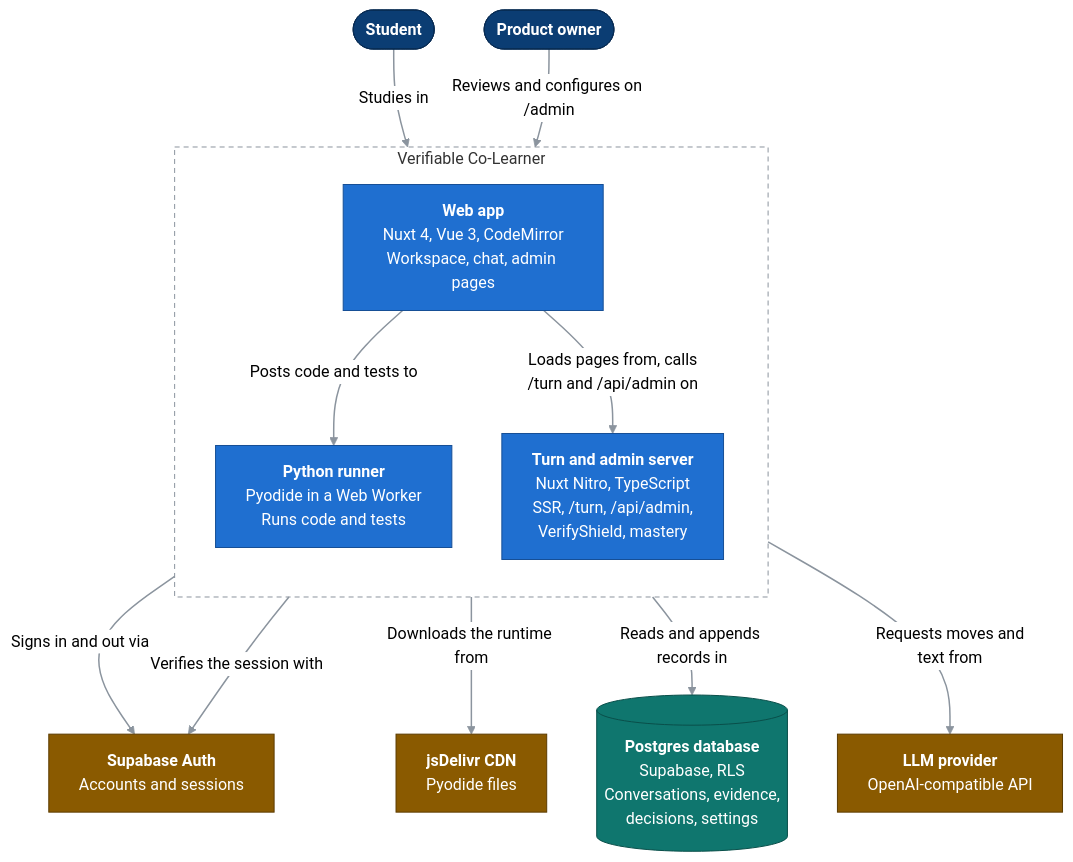
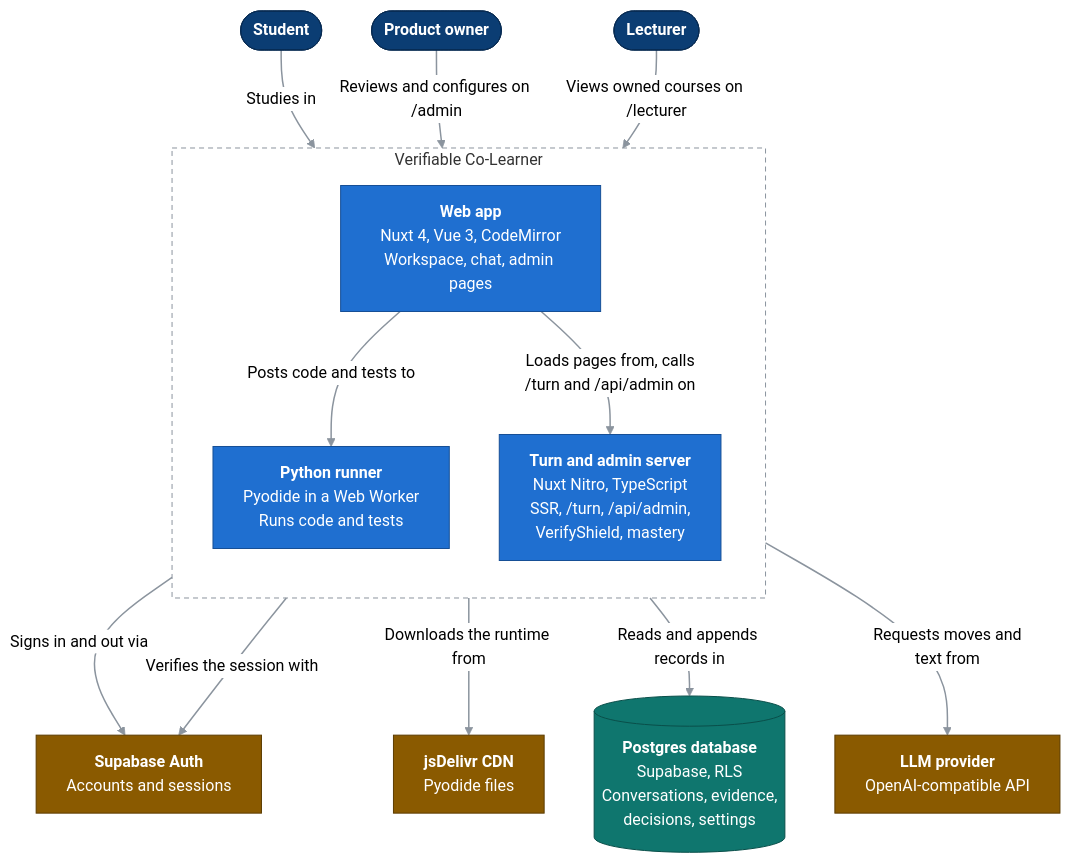
Before and after one commit to Bill2926/COS40005_HN9_Verifiable_Co-Learner_Agent: the diagram in docs/c4/02-containers.md, drawn with Mermaid (neutral theme). The commit also changed 20 other files, not shown here.

Commit message:
Show owned courses and enrollment counts to lecturers

````diff
--- a/docs/c4/02-containers.md
+++ b/docs/c4/02-containers.md
@@ -10,35 +10,37 @@
 ```mermaid
 flowchart TB
   classDef person fill:#0b3d73,stroke:#082b52,color:#ffffff
   classDef comp fill:#1f6fd0,stroke:#164f96,color:#ffffff
   classDef ext fill:#8a5a00,stroke:#5c3c00,color:#ffffff
   classDef db fill:#0f766e,stroke:#0a4f4a,color:#ffffff
   linkStyle default stroke:#8b949e,stroke-width:1.5px
 
   student(["<b>Student</b>"]):::person
   owner(["<b>Product owner</b>"]):::person
+  lecturer(["<b>Lecturer</b>"]):::person
 
   subgraph sys["Verifiable Co-Learner"]
     direction TB
     spa["<b>Web app</b><br/>Nuxt 4, Vue 3, CodeMirror<br/>Workspace, chat, admin pages"]:::comp
     pyodide["<b>Python runner</b><br/>Pyodide in a Web Worker<br/>Runs code and tests"]:::comp
     server["<b>Turn and admin server</b><br/>Nuxt Nitro, TypeScript<br/>SSR, /turn, /api/admin,<br/>VerifyShield, mastery"]:::comp
   end
 
   auth["<b>Supabase Auth</b><br/>Accounts and sessions"]:::ext
   db[("<b>Postgres database</b><br/>Supabase, RLS<br/>Conversations, evidence,<br/>decisions, settings")]:::db
   llm["<b>LLM provider</b><br/>OpenAI-compatible API"]:::ext
   cdn["<b>jsDelivr CDN</b><br/>Pyodide files"]:::ext
 
   student -->|"Studies in"| spa
   owner -->|"Reviews and configures on /admin"| spa
+  lecturer -->|"Views owned courses on /lecturer"| spa
   spa -->|"Posts code and tests to"| pyodide
   spa -->|"Loads pages from, calls<br/>/turn and /api/admin on"| server
   spa -->|"Signs in and out via"| auth
   pyodide -->|"Downloads the runtime from"| cdn
   server -->|"Verifies the session with"| auth
   server -->|"Reads and appends records in"| db
   server -->|"Requests moves and<br/>text from"| llm
 
   style sys fill:none,stroke:#8b949e,stroke-dasharray:5 4
 ```
````
